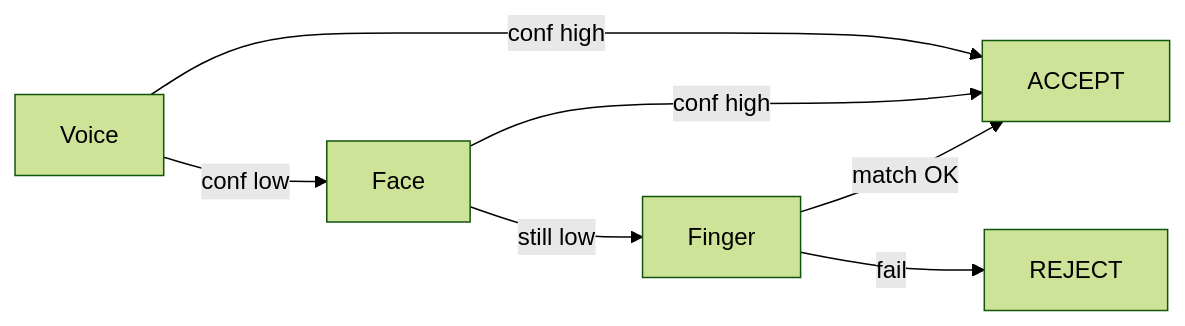
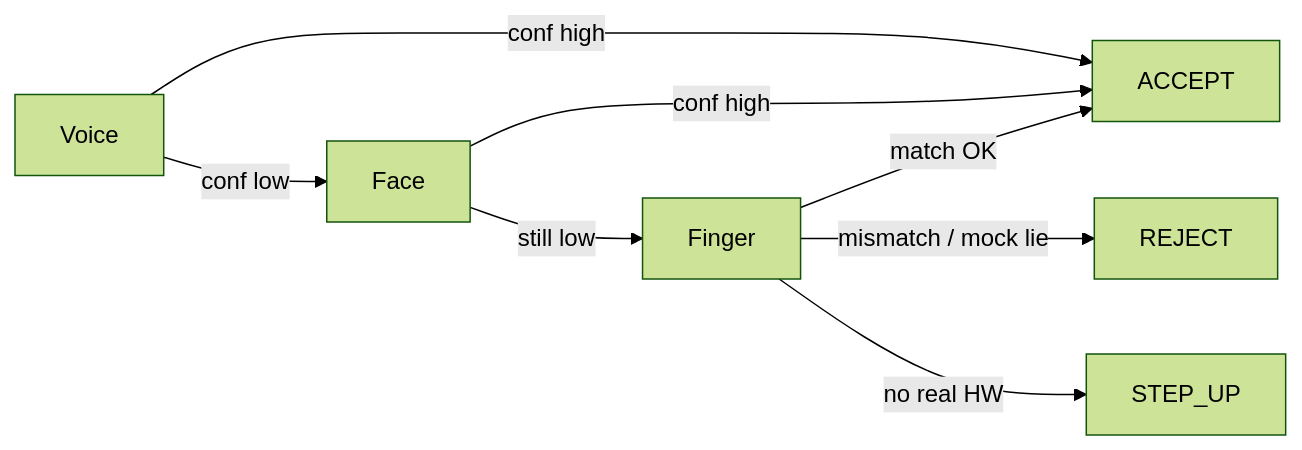
The fifth of 8 diagrams in README.md (couder-04/Drive_auth_edge), drawn with Mermaid (forest theme) before and after one commit. The commit also changed other lines of this file and 8 other files, not shown here.

````diff
--- a/README.md
+++ b/README.md
@@ -211,8 +213,9 @@
 ```mermaid
 flowchart LR
   V[Voice] -->|conf low| F[Face] -->|still low| G[Finger]
   V -->|conf high| OK[ACCEPT]
   F -->|conf high| OK
-  G -->|match OK| OK
-  G -->|fail| X[REJECT]
+  G -->|match OK| OK[ACCEPT]
+  G -->|mismatch / mock lie| X[REJECT]
+  G -->|no real HW| SU[STEP_UP]
 ```
````
